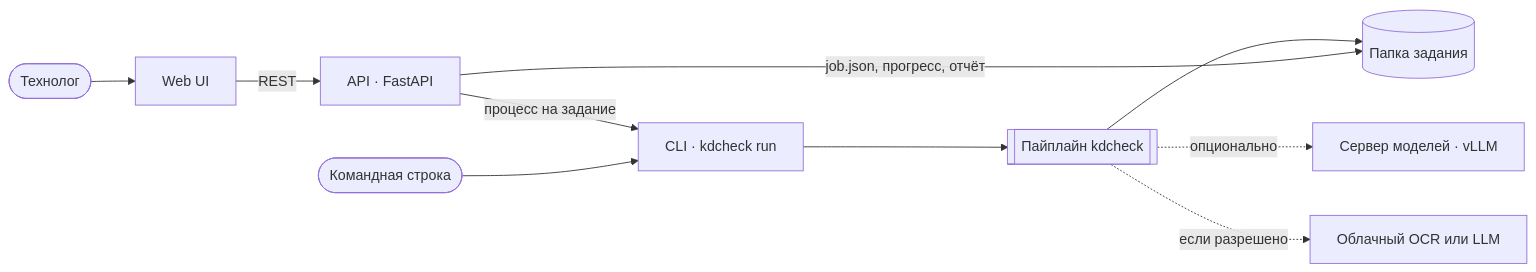
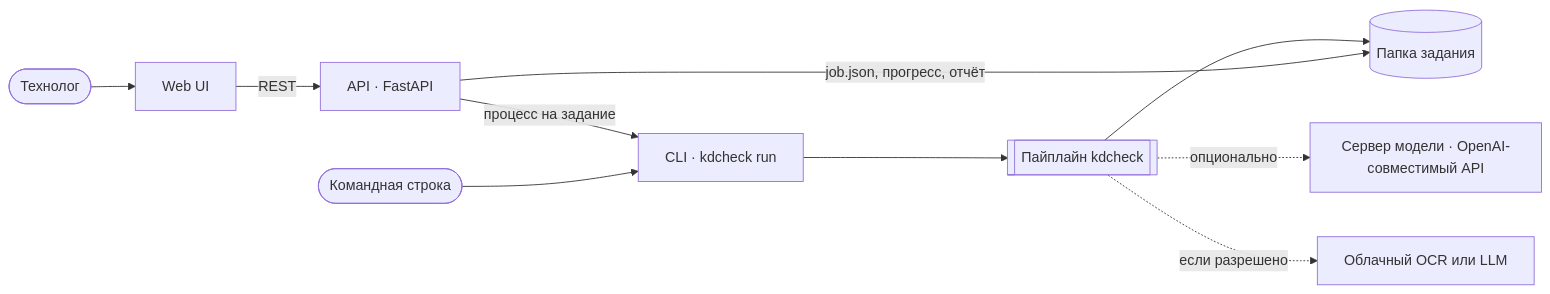
Before and after one commit to EkaterinaGrisha/ARM: the first of 3 diagrams in docs/ARCHITECTURE.md, drawn with Mermaid. The commit also changed other lines of this file and 20 other files, not shown here.

````diff
--- a/docs/ARCHITECTURE.md
+++ b/docs/ARCHITECTURE.md
@@ -11,12 +11,12 @@
 ```mermaid
 flowchart LR
     T([Технолог]) --> WEB[Web UI]
     WEB -- REST --> API[API · FastAPI]
     API -- процесс на задание --> RUN[CLI · kdcheck run]
     U([Командная строка]) --> RUN
     RUN --> CORE[[Пайплайн kdcheck]]
     CORE --> FS[(Папка задания)]
     API -- job.json, прогресс, отчёт --> FS
-    CORE -. опционально .-> MS[Сервер моделей · vLLM]
+    CORE -. опционально .-> MS[Сервер модели · OpenAI-совместимый API]
     CORE -. если разрешено .-> CLOUD[Облачный OCR или LLM]
 ```
````
